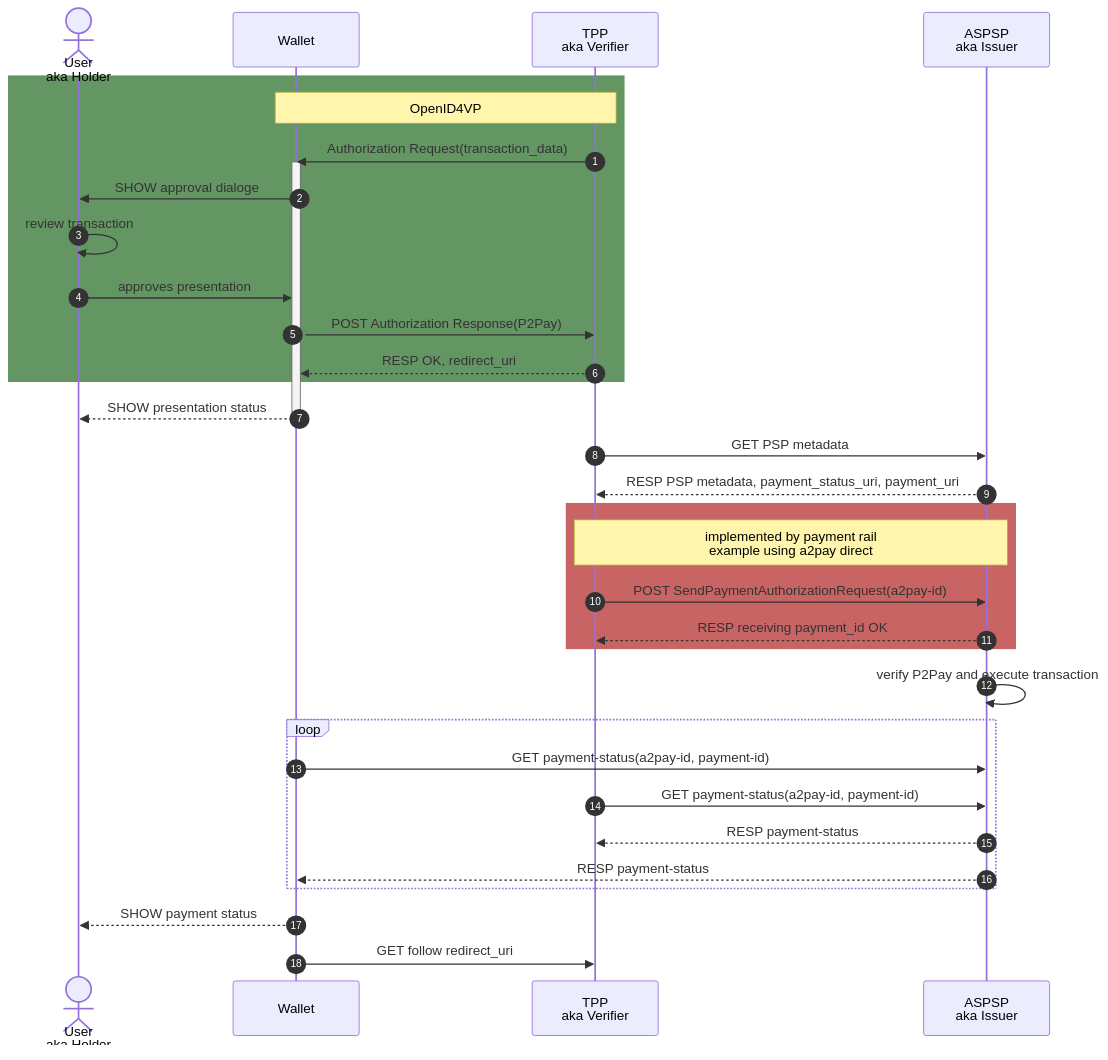
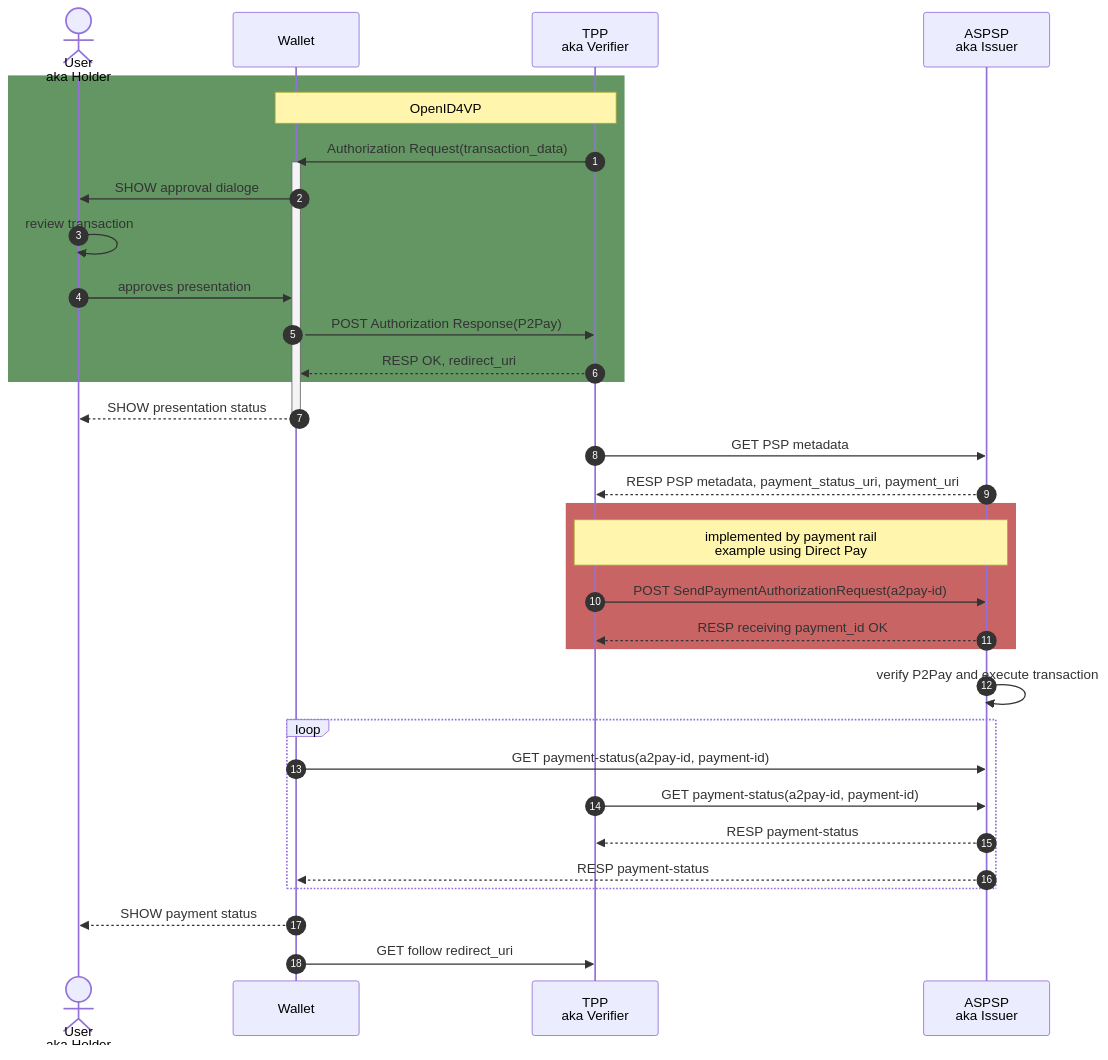
One commit to nobid-consortium/payment-reference-documentation changed the second of 3 diagrams in payment-reference-doc.md. Above: the diagram before and after it, drawn with Mermaid. The commit also changed other lines of this file and 6 other files, not shown here.

````diff
--- a/payment-reference-doc.md
+++ b/payment-reference-doc.md
@@ -374,37 +382,37 @@
 ```mermaid
 
 sequenceDiagram
     autonumber
     actor user as User<br/>aka Holder
     participant wallet as Wallet
     participant psp2 as TPP<br/>aka Verifier
     participant psp as ASPSP<br/>aka Issuer
     rect rgb(100, 150, 100)
     note over wallet, psp2: OpenID4VP
     psp2 ->> wallet: Authorization Request(transaction_data)
     activate wallet
     wallet ->> user: SHOW approval dialoge
     user ->> user: review transaction
     user ->> wallet: approves presentation
     wallet ->> psp2: POST Authorization Response(P2Pay)
     psp2 -->> wallet: RESP OK, redirect_uri
     end
     wallet -->> user: SHOW presentation status
     deactivate wallet
     psp2 ->> psp: GET PSP metadata
     psp -->> psp2: RESP PSP metadata, payment_status_uri, payment_uri
     rect rgb(200, 100, 100)
-    note over psp, psp2: implemented by payment rail<br>example using a2pay direct  
+    note over psp, psp2: implemented by payment rail<br>example using Direct Pay  
     psp2 ->> psp: POST SendPaymentAuthorizationRequest(a2pay-id)
     psp -->> psp2: RESP receiving payment_id OK 
     end
     psp ->> psp: verify P2Pay and execute transaction
     loop
     wallet ->> psp: GET payment-status(a2pay-id, payment-id)
     psp2 ->> psp: GET payment-status(a2pay-id, payment-id)
     psp -->> psp2: RESP payment-status 
     psp -->> wallet: RESP payment-status
     end
     wallet -->> user: SHOW payment status
     wallet ->> psp2: GET follow redirect_uri
 ```
````
